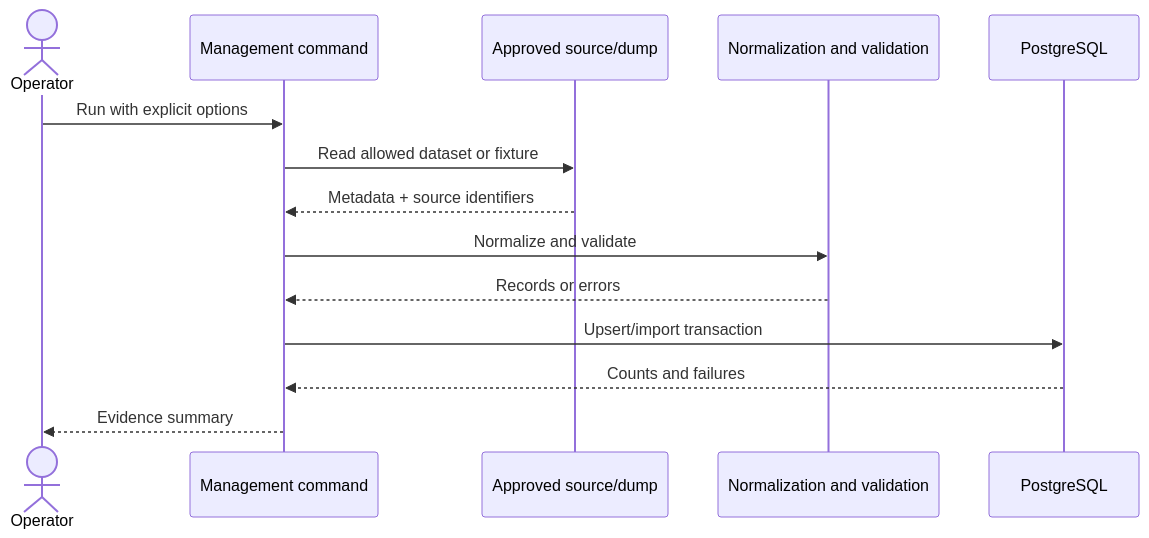
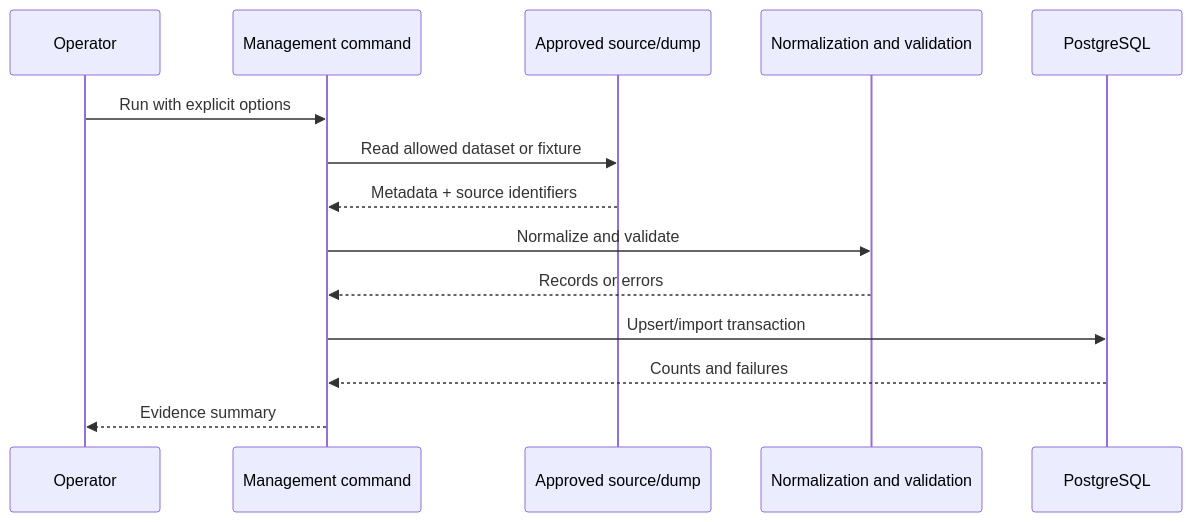
Before and after one commit to geehexx/library-ops: the ninth of 14 diagrams in docs/ARCHITECTURE.md, drawn with Mermaid. The commit also changed other lines of this file and 3 other files, not shown here.

````diff
--- a/docs/ARCHITECTURE.md
+++ b/docs/ARCHITECTURE.md
@@ -563,17 +563,17 @@
 ```mermaid
 sequenceDiagram
-    actor Operator
+    participant Operator
     participant Command as Management command
     participant Source as Approved source/dump
     participant Validate as Normalization and validation
     participant DB as PostgreSQL
 
     Operator->>Command: Run with explicit options
     Command->>Source: Read allowed dataset or fixture
     Source-->>Command: Metadata + source identifiers
     Command->>Validate: Normalize and validate
     Validate-->>Command: Records or errors
     Command->>DB: Upsert/import transaction
     DB-->>Command: Counts and failures
     Command-->>Operator: Evidence summary
 ```
````
